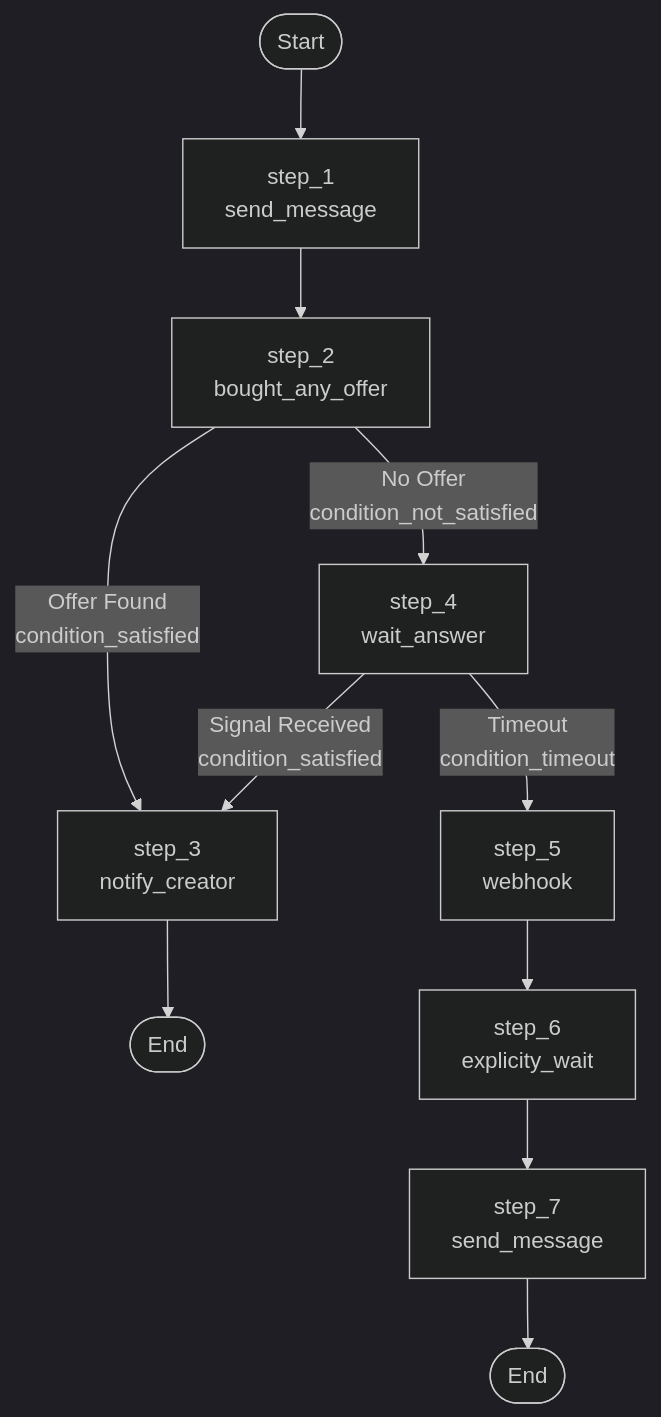
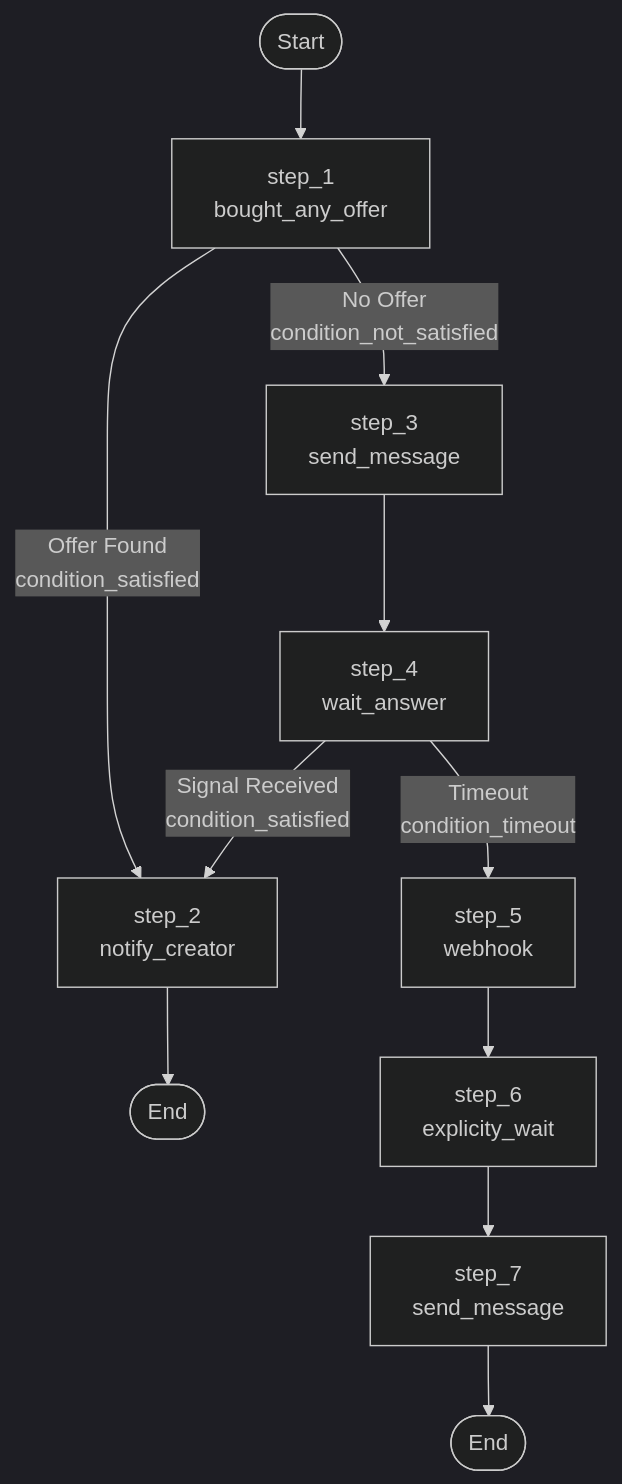
The diagram in README.md (EvertonTomalok/temporal-poc), drawn with Mermaid (dark theme) before and after one commit. The commit also changed other lines of this file and 1 other file, not shown here.

````diff
--- a/README.md
+++ b/README.md
@@ -448,13 +448,13 @@
 ```mermaid
 flowchart TD
-    Start([Start]) --> step1[step_1<br/>send_message]
-    step1 --> step2[step_2<br/>bought_any_offer]
-    step2 -->|Offer Found<br/>condition_satisfied| step3[step_3<br/>notify_creator]
-    step2 -->|No Offer<br/>condition_not_satisfied| step4[step_4<br/>wait_answer]
-    step3 --> End1([End])
-    step4 -->|Signal Received<br/>condition_satisfied| step3
+    Start([Start]) --> step1[step_1<br/>bought_any_offer]
+    step1 -->|Offer Found<br/>condition_satisfied| step2[step_2<br/>notify_creator]
+    step1 -->|No Offer<br/>condition_not_satisfied| step3[step_3<br/>send_message]
+    step3 --> step4[step_4<br/>wait_answer]
+    step4 -->|Signal Received<br/>condition_satisfied| step2
     step4 -->|Timeout<br/>condition_timeout| step5[step_5<br/>webhook]
     step5 --> step6[step_6<br/>explicity_wait]
     step6 --> step7[step_7<br/>send_message]
     step7 --> End2([End])
+    step2 --> End1([End])
 ```
````
